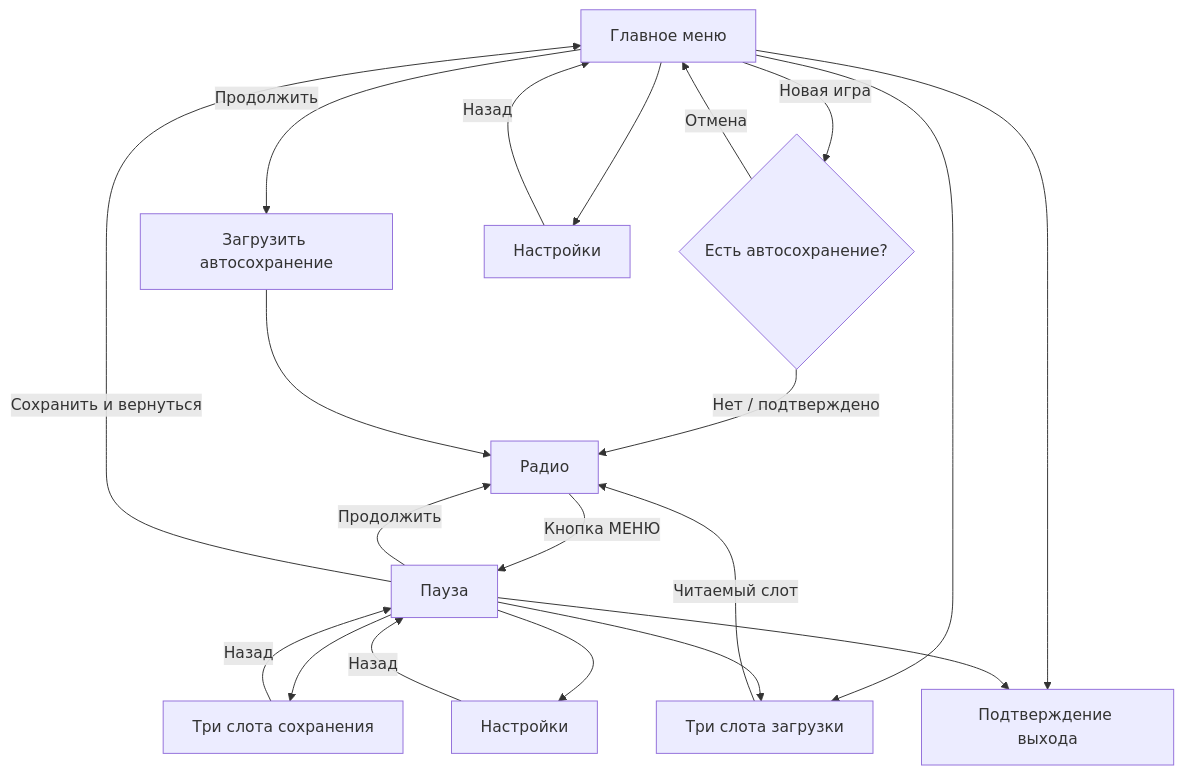
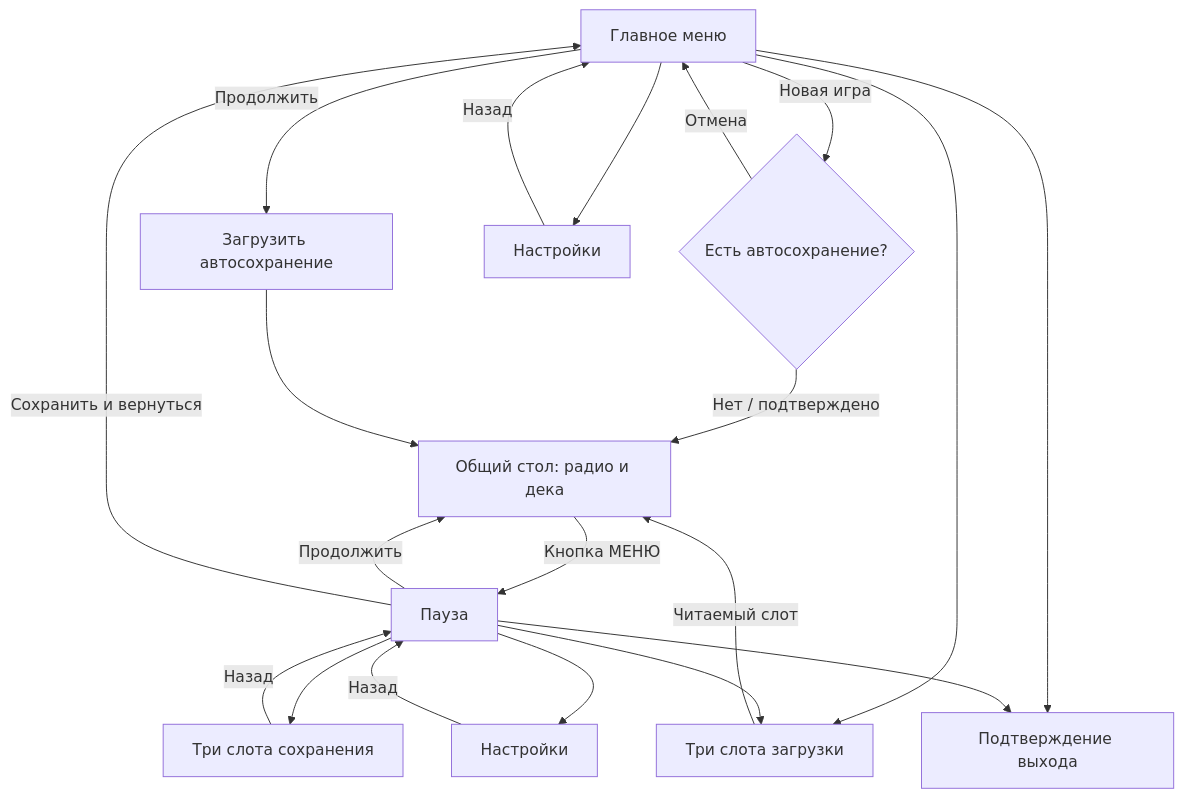
Before and after one commit to Doki33935/DEAD-AIR: the diagram in docs/MAIN_MENU_FLOW.md, drawn with Mermaid. The commit also changed other lines of this file and 6 other files, not shown here.

````diff
--- a/docs/MAIN_MENU_FLOW.md
+++ b/docs/MAIN_MENU_FLOW.md
@@ -19,22 +23,22 @@
 ```mermaid
 flowchart TD
     M[Главное меню] -->|Новая игра| N{Есть автосохранение?}
-    N -->|Нет / подтверждено| G[Радио]
+    N -->|Нет / подтверждено| G[Общий стол: радио и дека]
     N -->|Отмена| M
     M -->|Продолжить| A[Загрузить автосохранение]
     A --> G
     M --> L[Три слота загрузки]
     L -->|Читаемый слот| G
     M --> O[Настройки]
     O -->|Назад| M
     G -->|Кнопка МЕНЮ| P[Пауза]
     P -->|Продолжить| G
     P --> S[Три слота сохранения]
     S -->|Назад| P
     P --> L
     P --> O2[Настройки]
     O2 -->|Назад| P
     P -->|Сохранить и вернуться| M
     M --> Q[Подтверждение выхода]
     P --> Q
 ```
````
